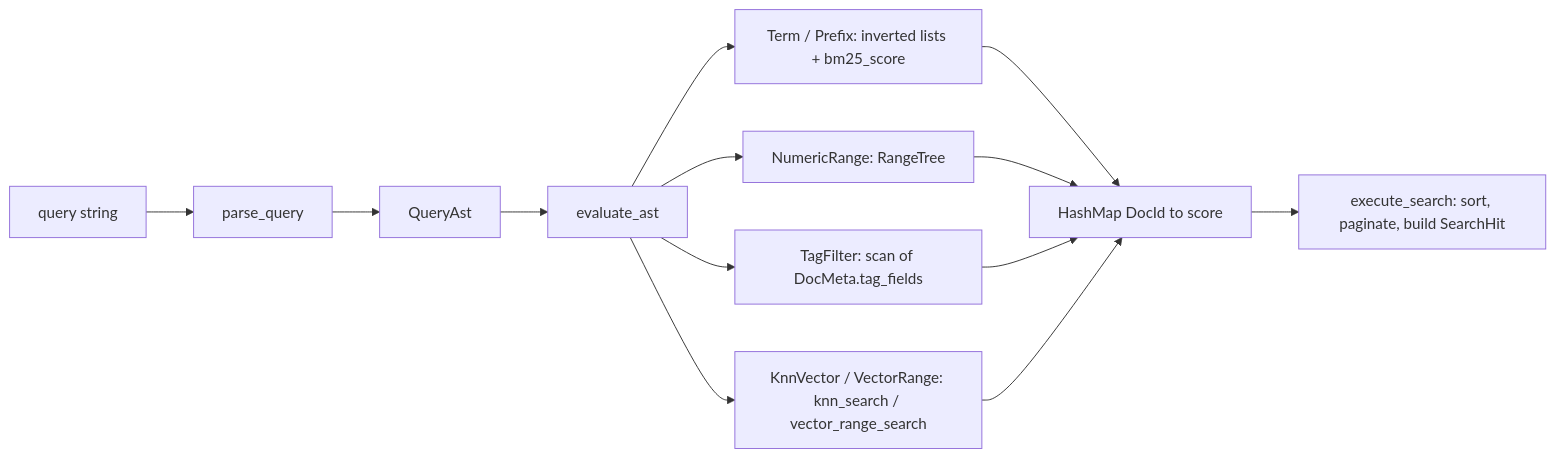
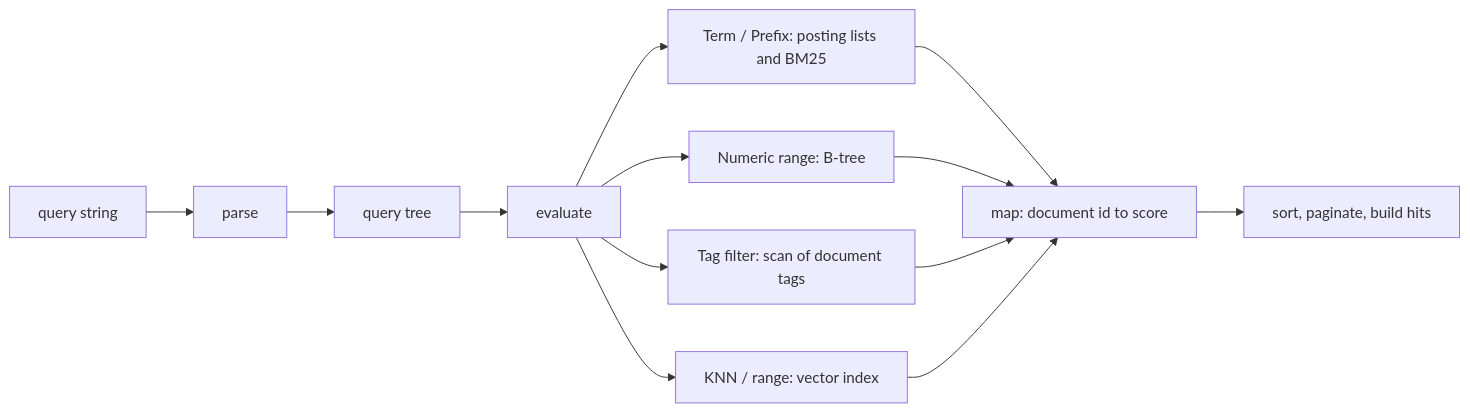
The second of 2 diagrams in docs/internal/09_redisearch.md (warrenzhu25/rudis), drawn with Mermaid before and after one commit. The commit also changed other lines of this file, not shown here.

First line of the commit message:
docs(internal): rewrite RediSearch guide in the prose-first style

````diff
--- a/docs/internal/09_redisearch.md
+++ b/docs/internal/09_redisearch.md
@@ -49,14 +77,14 @@
 ```mermaid
 flowchart LR
-    S["query string"] --> PQ["parse_query"] --> AST["QueryAst"]
-    AST --> EV["evaluate_ast"]
-    EV --> T["Term / Prefix: inverted lists + bm25_score"]
-    EV --> N["NumericRange: RangeTree"]
-    EV --> TG["TagFilter: scan of DocMeta.tag_fields"]
-    EV --> V["KnnVector / VectorRange: knn_search / vector_range_search"]
-    T --> SC["HashMap DocId to score"]
+    S["query string"] --> PQ["parse"] --> AST["query tree"]
+    AST --> EV["evaluate"]
+    EV --> T["Term / Prefix: posting lists and BM25"]
+    EV --> N["Numeric range: B-tree"]
+    EV --> TG["Tag filter: scan of document tags"]
+    EV --> V["KNN / range: vector index"]
+    T --> SC["map: document id to score"]
     N --> SC
     TG --> SC
     V --> SC
-    SC --> SORT["execute_search: sort, paginate, build SearchHit"]
+    SC --> SORT["sort, paginate, build hits"]
 ```
````
